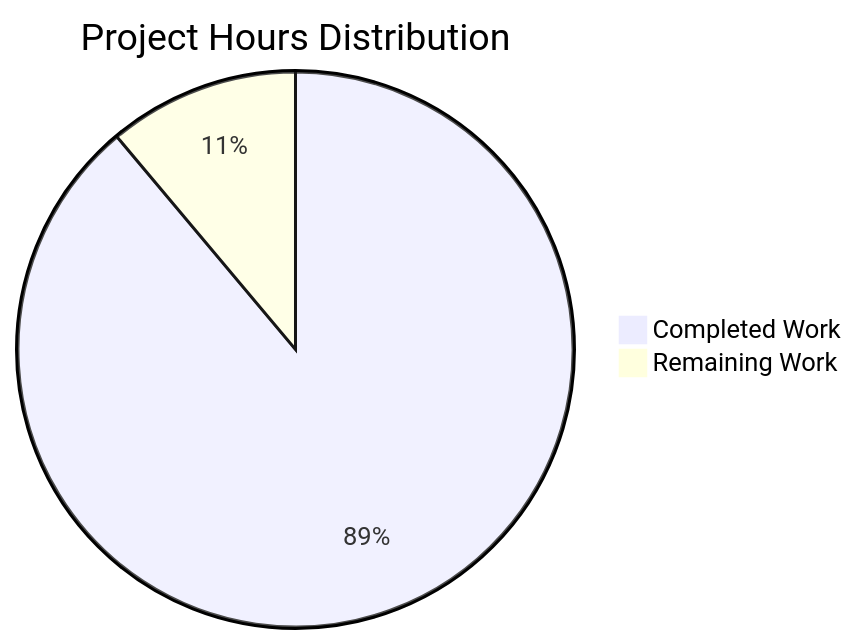
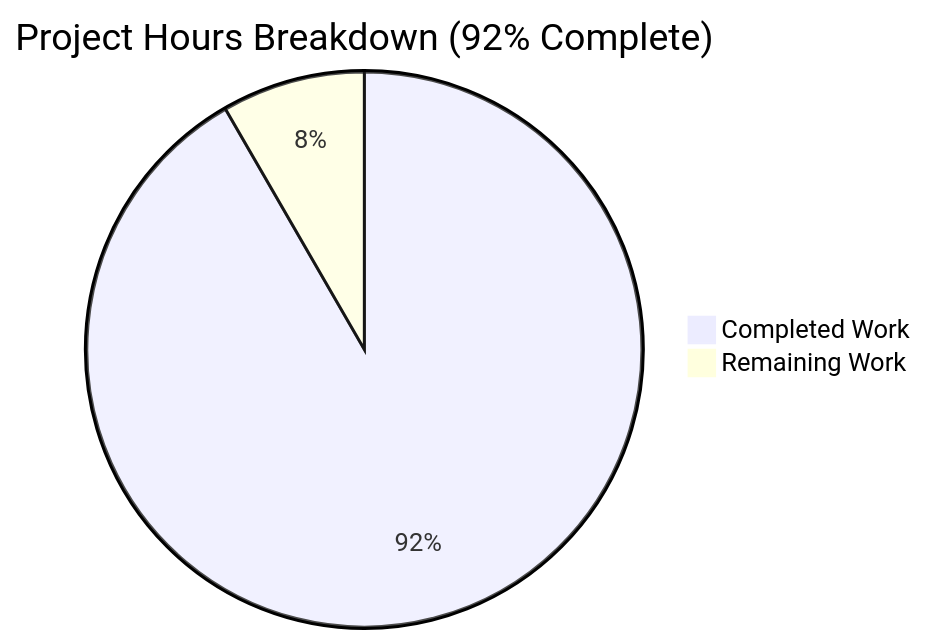
The diagram in blitzy/documentation/Project Guide.md (lakshya-blitzy/hello_world_Oct_2025), drawn with Mermaid before and after one commit. The commit also changed other lines of this file, not shown here.

Commit message:
Adding Blitzy Project Guide: Project Status and Human Tasks Remaining

````diff
--- a/blitzy/documentation/Project Guide.md
+++ b/blitzy/documentation/Project Guide.md
@@ -25,5 +25,5 @@
 ```mermaid
-pie title Project Hours Distribution
-    "Completed Work" : 32
-    "Remaining Work" : 4
+pie title Project Hours Breakdown (92% Complete)
+    "Completed Work" : 22
+    "Remaining Work" : 2
 ```
````
